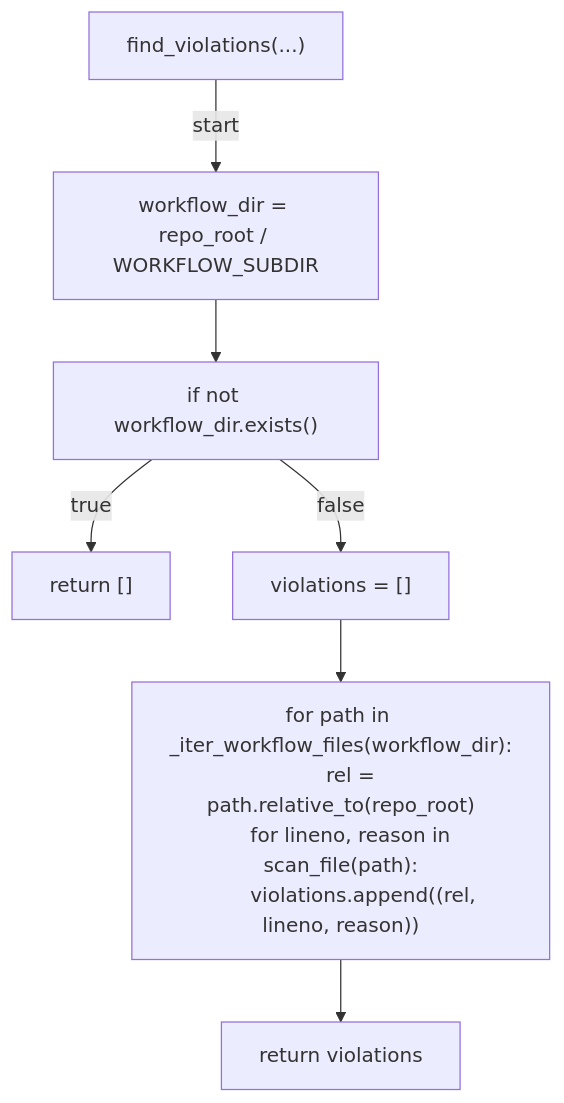
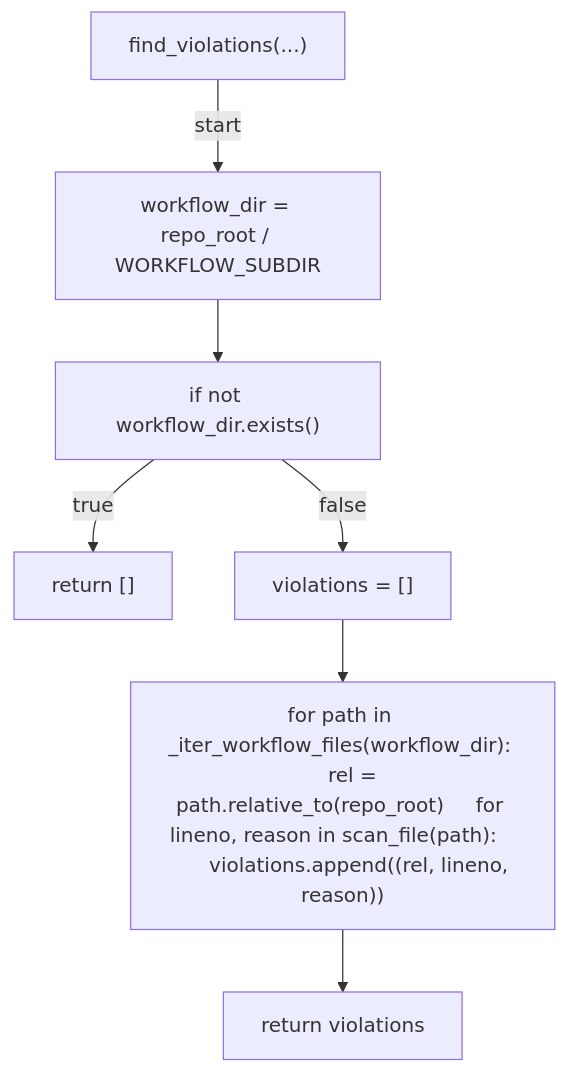
One commit to tvna/claude-md changed the sixth of 9 diagrams in docs/generated/scripts/ast/scan_workflow_action_pins.md. Above: the diagram before and after it, drawn with Mermaid. The commit also changed other lines of this file and 23 other files, not shown here.

First line of the commit message:
docs(generated): regenerate decision tree and workflow diagrams (batch 4/5)

````diff
--- a/docs/generated/scripts/ast/scan_workflow_action_pins.md
+++ b/docs/generated/scripts/ast/scan_workflow_action_pins.md
@@ -99,19 +96,16 @@
 ```mermaid
 flowchart TD
     N001["find_violations(...)"]
     N002["workflow_dir = repo_root / WORKFLOW_SUBDIR"]
     N003["if not workflow_dir.exists()"]
     N004["return []"]
     N005["violations = []"]
-    N006["for path in _iter_workflow_files(workflow_dir):
-    rel = path.relative_to(repo_root)
-    for lineno, reason in scan_file(path):
-        violations.append((rel, lineno, reason))"]
+    N006["for path in _iter_workflow_files(workflow_dir):     rel = path.relative_to(repo_root)     for lineno, reason in scan_file(path):         violations.append((rel, lineno, reason))"]
     N007["return violations"]
     N001 -->|"start"| N002
     N002 --> N003
     N003 -->|"true"| N004
     N003 -->|"false"| N005
     N005 --> N006
     N006 --> N007
 ```
````
